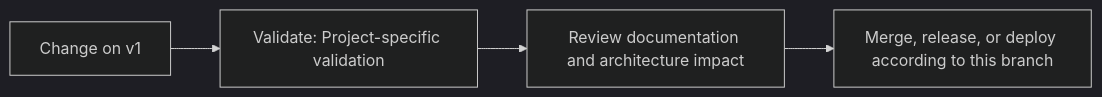
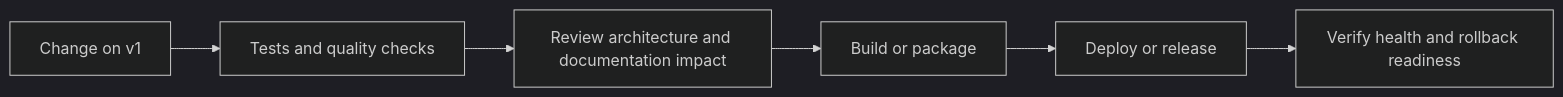
The fifth of 6 diagrams in README.md (Nischhalsubba/JavaStud), drawn with Mermaid (dark theme) before and after one commit. The commit also changed other lines of this file, not shown here.

````diff
--- a/README.md
+++ b/README.md
@@ -62,8 +146,8 @@
 ```mermaid
 flowchart LR
-    CHANGE["Change on v1"]
-    CHECK["Validate: Project-specific validation"]
-    REVIEW["Review documentation and architecture impact"]
-    RELEASE["Merge, release, or deploy according to this branch"]
-    CHANGE --> CHECK --> REVIEW --> RELEASE
+    CHANGE["Change on v1"] --> CHECK["Tests and quality checks"]
+    CHECK --> REVIEW["Review architecture and documentation impact"]
+    REVIEW --> BUILD["Build or package"]
+    BUILD --> DEPLOY["Deploy or release"]
+    DEPLOY --> VERIFY["Verify health and rollback readiness"]
 ```
````
